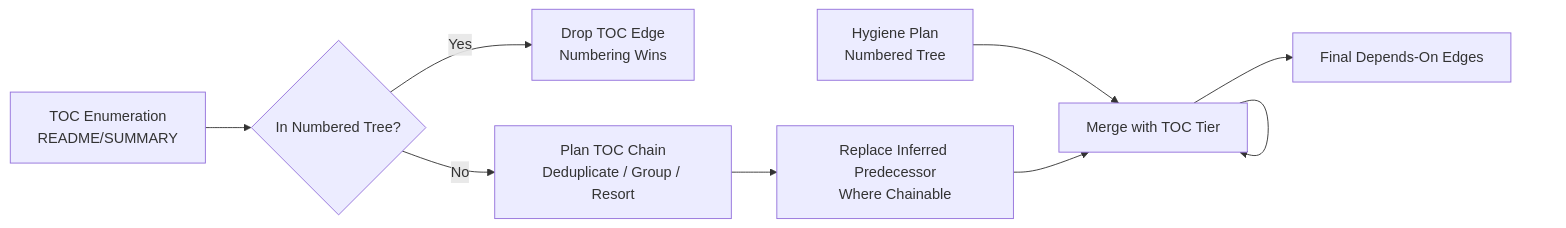
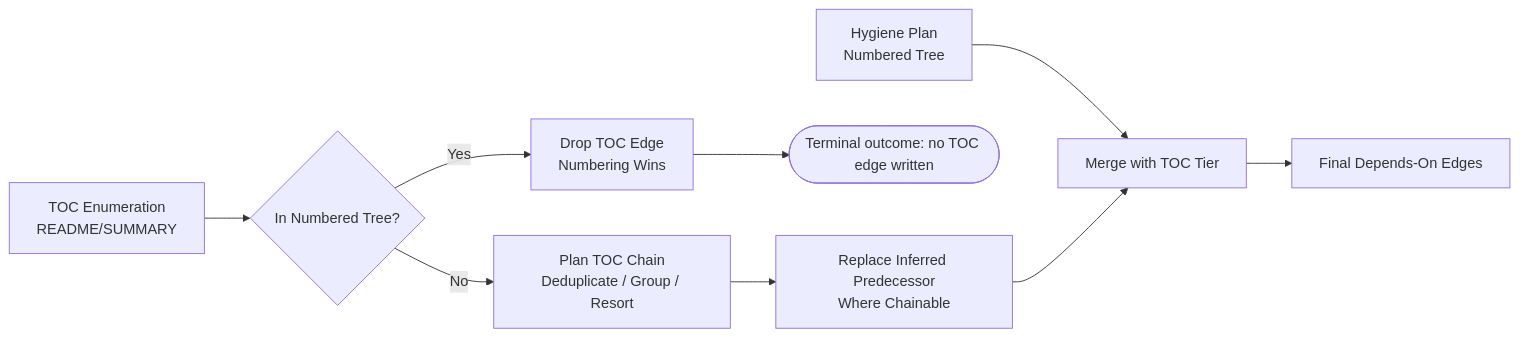
The third of 12 diagrams in Core Engine/Auto-Chaining and Prerequisite Discovery.md (Kuldeep2822k/palee-architecture), drawn with Mermaid before and after one commit. The commit also changed other lines of this file and 76 other files, not shown here.

````diff
--- a/Core Engine/Auto-Chaining and Prerequisite Discovery.md
+++ b/Core Engine/Auto-Chaining and Prerequisite Discovery.md
@@ -128,11 +101,11 @@
 ```mermaid
 flowchart LR
   Hygiene["Hygiene Plan<br/>Numbered Tree"] --> Merge["Merge with TOC Tier"]
   TOC["TOC Enumeration<br/>README/SUMMARY"] --> Decision{"In Numbered Tree?"}
   Decision -->|Yes| Drop["Drop TOC Edge<br/>Numbering Wins"]
+  Drop --> Dropped(["Terminal outcome: no TOC edge written"])
   Decision -->|No| PlanToc["Plan TOC Chain<br/>Deduplicate / Group / Resort"]
   PlanToc --> Replace["Replace Inferred Predecessor<br/>Where Chainable"]
-  Merge --> Merge
   Replace --> Merge
   Merge --> Final["Final Depends-On Edges"]
 ```
````
